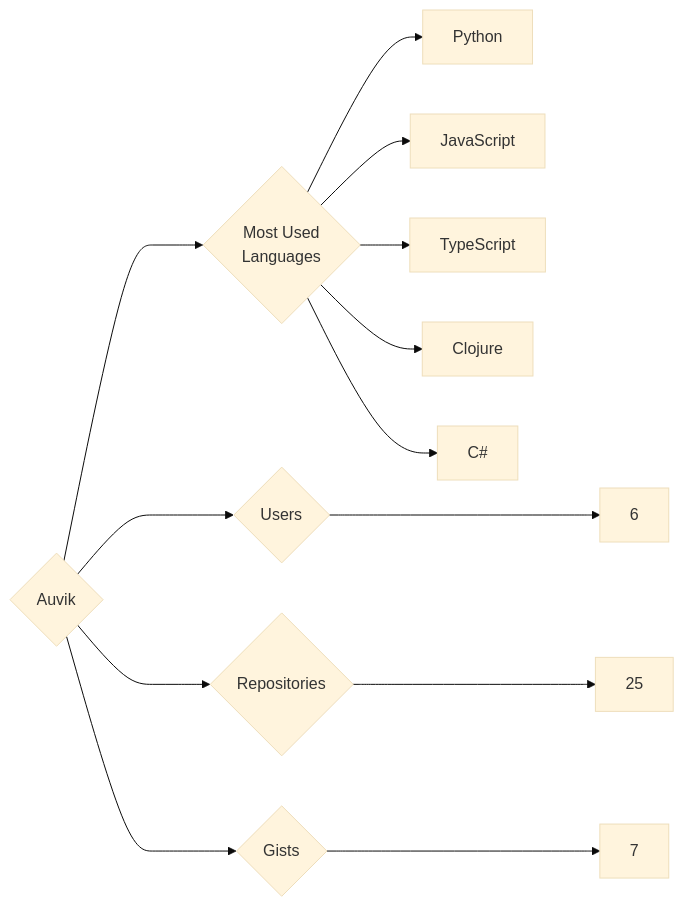
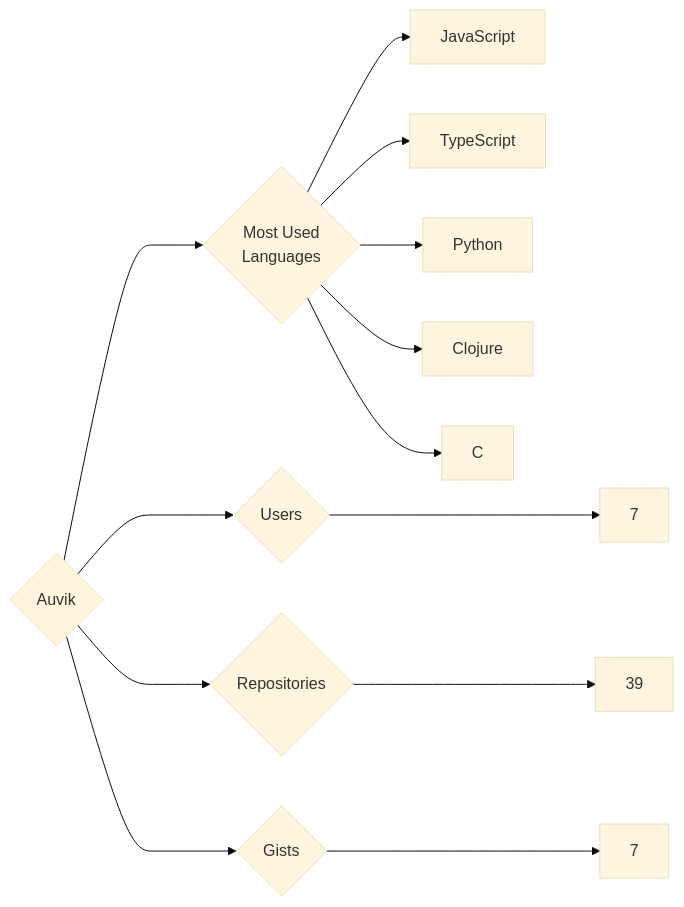
One commit to trickest/insiders changed the diagram in targets/Auvik/README.md. Above: the diagram before and after it, drawn with Mermaid (base theme). The commit also changed 985 other files, not shown here.

````diff
--- a/targets/Auvik/README.md
+++ b/targets/Auvik/README.md
@@ -3,13 +3,13 @@
 ```mermaid
 graph LR
 COMPANY_NAME{Auvik}
-COMPANY_NAME ---> U{Users} ---> UN[6]
-COMPANY_NAME ---> R{Repositories} ---> RN[25]
+COMPANY_NAME ---> U{Users} ---> UN[7]
+COMPANY_NAME ---> R{Repositories} ---> RN[39]
 COMPANY_NAME ---> G{Gists} ---> GN[7]
 COMPANY_NAME ---> ML{Most Used<br>Languages}
-ML --> Python[Python]
 ML --> JavaScript[JavaScript]
 ML --> TypeScript[TypeScript]
+ML --> Python[Python]
 ML --> Clojure[Clojure]
-ML --> C#[C#]
+ML --> C[C]
 ```
````
